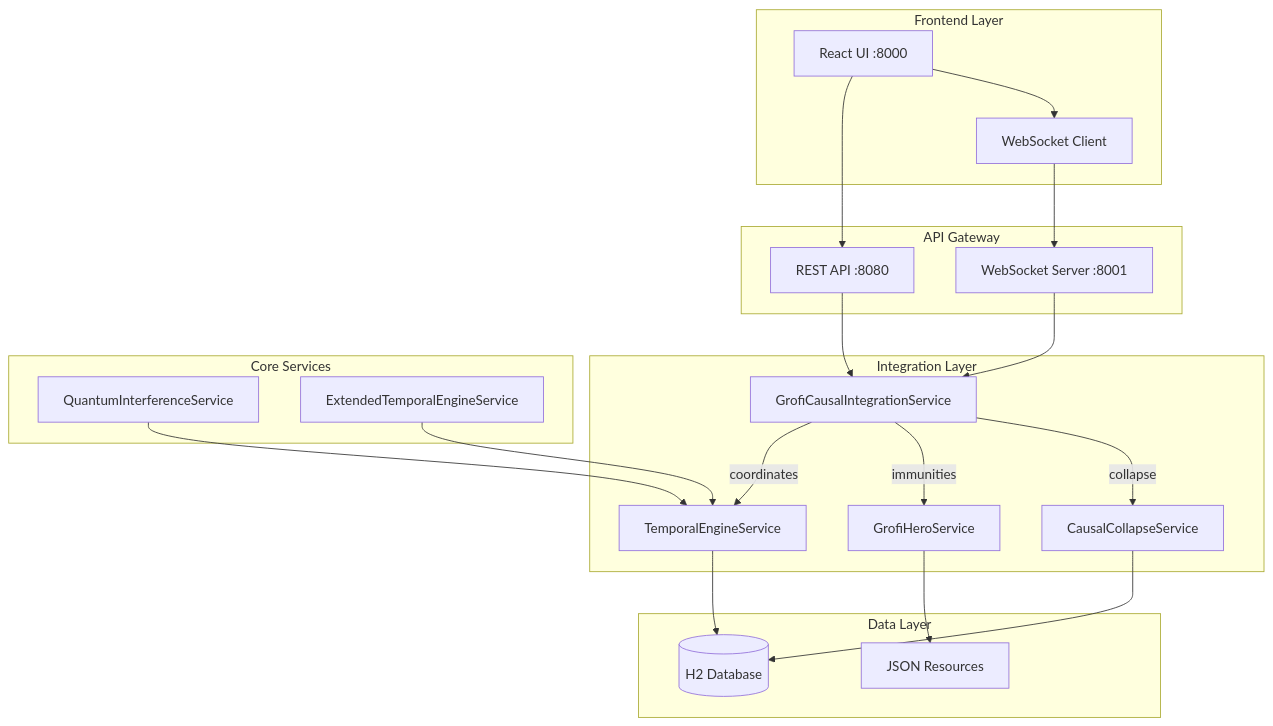
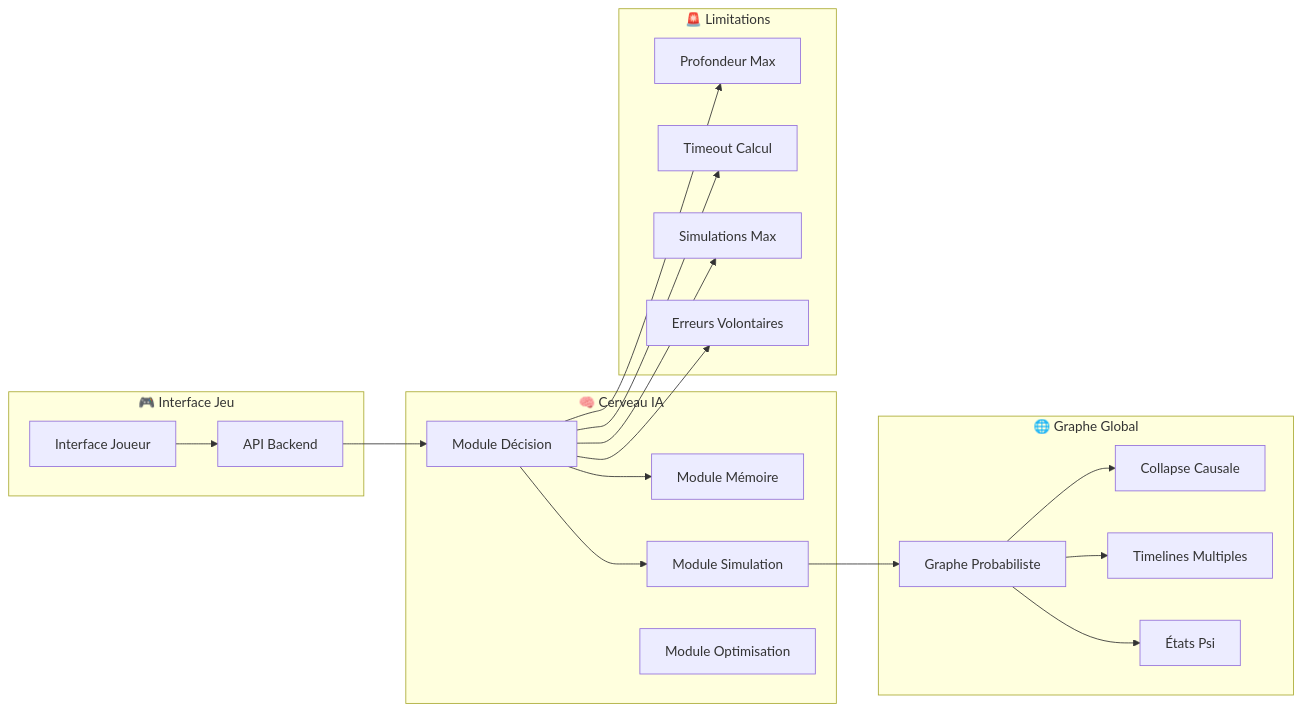
One commit to V0OgZ/fullstack-project changed the second of 10 diagrams in docs/ARCHITECTURE_DIAGRAMS.md. Above: the diagram before and after it, drawn with Mermaid. The commit also changed other lines of this file and 96 other files, not shown here.

````diff
--- a/docs/ARCHITECTURE_DIAGRAMS.md
+++ b/docs/ARCHITECTURE_DIAGRAMS.md
@@ -5,44 +96,42 @@
 ```mermaid
-graph TB
-    subgraph "Frontend Layer"
-        UI[React UI :8000]
-        WS[WebSocket Client]
+graph LR
+    subgraph "🎮 Interface Jeu"
+        UI[Interface Joueur]
+        API[API Backend]
     end
     
-    subgraph "API Gateway"
-        REST[REST API :8080]
-        WSS[WebSocket Server :8001]
+    subgraph "🧠 Cerveau IA"
+        DEC[Module Décision]
+        MEM[Module Mémoire]
+        SIM[Module Simulation]
+        OPT[Module Optimisation]
     end
     
-    subgraph "Integration Layer"
-        GCIS[GrofiCausalIntegrationService]
-        GCIS --> |coordinates| TES
-        GCIS --> |immunities| GHS
-        GCIS --> |collapse| CCS
+    subgraph "🚨 Limitations"
+        DEPTH[Profondeur Max]
+        TIME[Timeout Calcul]
+        SIMS[Simulations Max]
+        ERROR[Erreurs Volontaires]
     end
     
-    subgraph "Core Services"
-        TES[TemporalEngineService]
-        GHS[GrofiHeroService]
-        CCS[CausalCollapseService]
-        QIS[QuantumInterferenceService]
-        ETS[ExtendedTemporalEngineService]
+    subgraph "🌐 Graphe Global"
+        GLOBAL[Graphe Probabiliste]
+        COLLAPSE[Collapse Causale]
+        TIMELINE[Timelines Multiples]
+        PSI[États Psi]
     end
     
-    subgraph "Data Layer"
-        DB[(H2 Database)]
-        JSON[JSON Resources]
-    end
+    UI --> API
+    API --> DEC
+    DEC --> MEM
+    DEC --> SIM
+    SIM --> GLOBAL
+    GLOBAL --> COLLAPSE
+    GLOBAL --> TIMELINE
+    GLOBAL --> PSI
     
-    UI --> REST
-    UI --> WS
-    WS --> WSS
-    REST --> GCIS
-    WSS --> GCIS
-    
-    TES --> DB
-    GHS --> JSON
-    CCS --> DB
-    QIS --> TES
-    ETS --> TES
+    DEC --> DEPTH
+    DEC --> TIME
+    DEC --> SIMS
+    DEC --> ERROR
 ```
````
